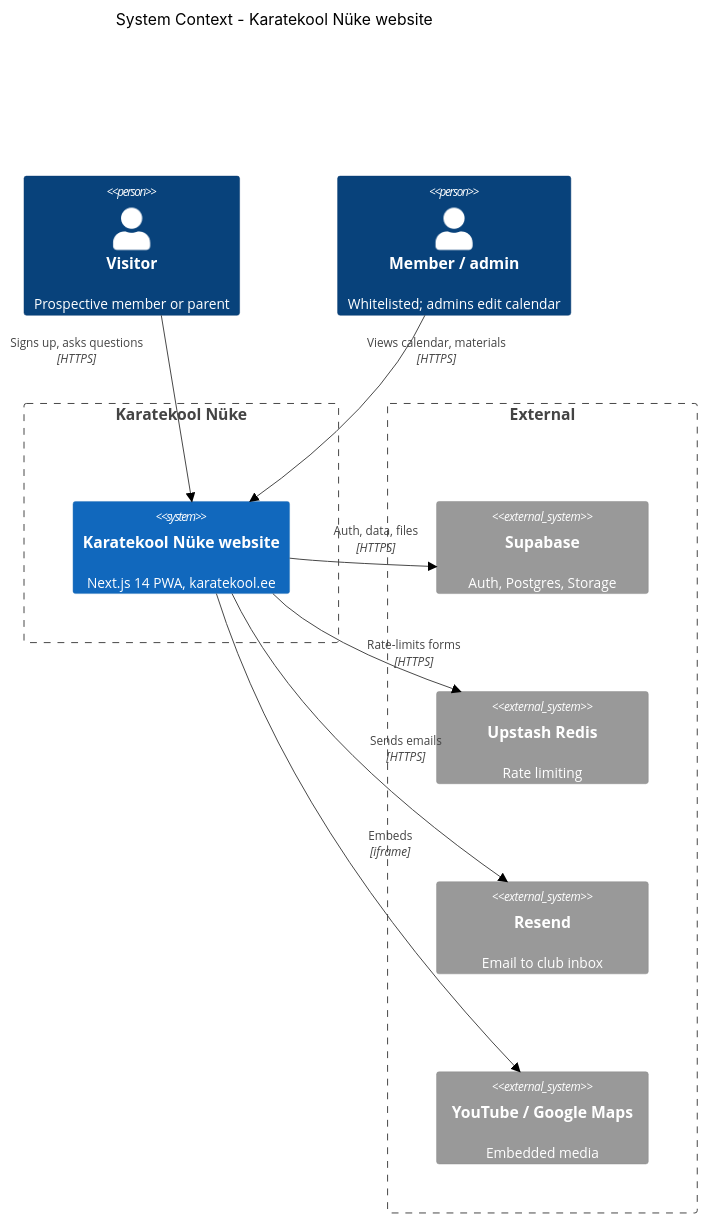
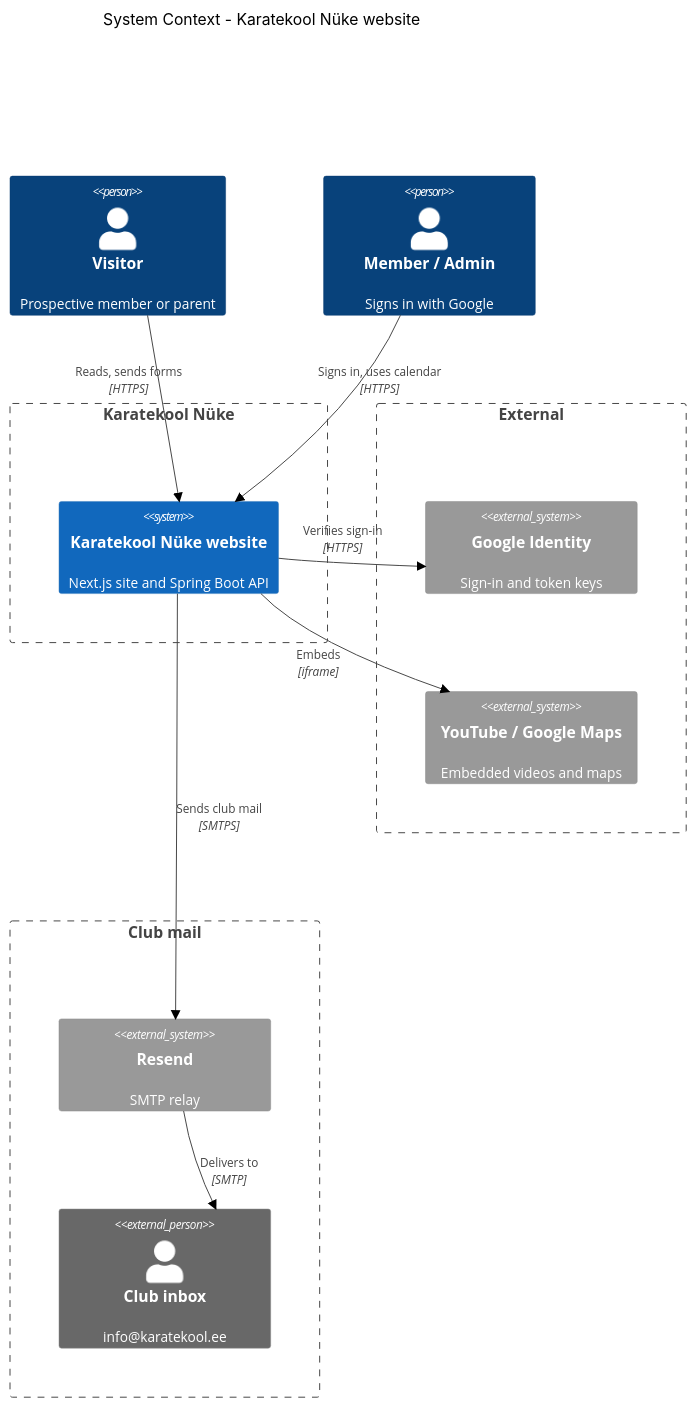
Before and after one commit to tomimarkus991/karatekool: the diagram in docs/architecture/c4-context.md, drawn with Mermaid (neutral theme). The commit also changed other lines of this file and 5 other files, not shown here.

First line of the commit message:
docs: Redraw the architecture diagrams for the API

````diff
--- a/docs/architecture/c4-context.md
+++ b/docs/architecture/c4-context.md
@@ -8,30 +8,34 @@
 ```mermaid
 C4Context
   title System Context - Karatekool Nüke website
   UpdateLayoutConfig($c4ShapeInRow="2", $c4BoundaryInRow="2")
 
   Person(visitor, "Visitor", "Prospective member or parent")
-  Person(member, "Member / admin", "Whitelisted; admins edit calendar")
+  Person(member, "Member / Admin", "Signs in with Google")
 
   Boundary(sys, "Karatekool Nüke", "") {
-    System(site, "Karatekool Nüke website", "Next.js 14 PWA, karatekool.ee")
+    System(site, "Karatekool Nüke website", "Next.js site and Spring Boot API")
   }
 
   Boundary(ext, "External", "") {
-    System_Ext(supabase, "Supabase", "Auth, Postgres, Storage")
-    System_Ext(upstash, "Upstash Redis", "Rate limiting")
-    System_Ext(resend, "Resend", "Email to club inbox")
-    System_Ext(embeds, "YouTube / Google Maps", "Embedded media")
+    System_Ext(google, "Google Identity", "Sign-in and token keys")
+    System_Ext(embeds, "YouTube / Google Maps", "Embedded videos and maps")
   }
 
-  Rel(visitor, site, "Signs up, asks questions", "HTTPS")
-  Rel(member, site, "Views calendar, materials", "HTTPS")
-  Rel(site, supabase, "Auth, data, files", "HTTPS")
-  Rel(site, upstash, "Rate-limits forms", "HTTPS")
-  Rel(site, resend, "Sends emails", "HTTPS")
+  Boundary(mail, "Club mail", "") {
+    System_Ext(resend, "Resend", "SMTP relay")
+    Person_Ext(inbox, "Club inbox", "info@karatekool.ee")
+  }
+
+  Rel(visitor, site, "Reads, sends forms", "HTTPS")
+  Rel(member, site, "Signs in, uses calendar", "HTTPS")
+  Rel(site, google, "Verifies sign-in", "HTTPS")
+  Rel(site, resend, "Sends club mail", "SMTPS")
   Rel(site, embeds, "Embeds", "iframe")
+  Rel(resend, inbox, "Delivers to", "SMTP")
 
-  UpdateRelStyle(visitor, site, $offsetX="-170", $offsetY="-70")
-  UpdateRelStyle(member, site, $offsetX="30", $offsetY="-70")
-  UpdateRelStyle(site, supabase, $offsetX="-30", $offsetY="-35")
+  UpdateRelStyle(visitor, site, $offsetX="-90", $offsetY="-40")
+  UpdateRelStyle(member, site, $offsetY="-40")
+  UpdateRelStyle(site, google, $offsetX="-50", $offsetY="-35")
+  UpdateRelStyle(site, embeds, $offsetX="-60", $offsetY="10")
 ```
````
